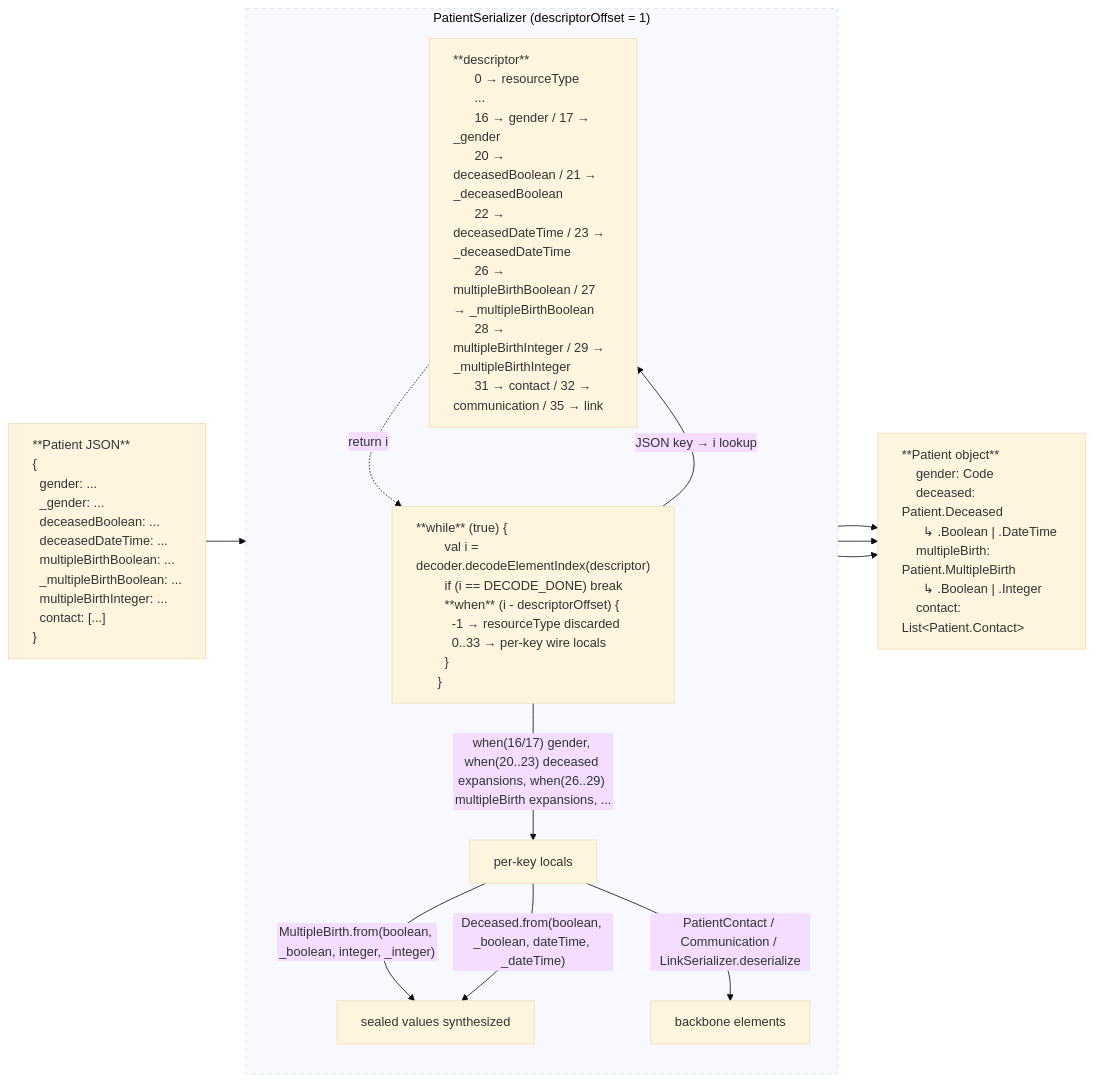
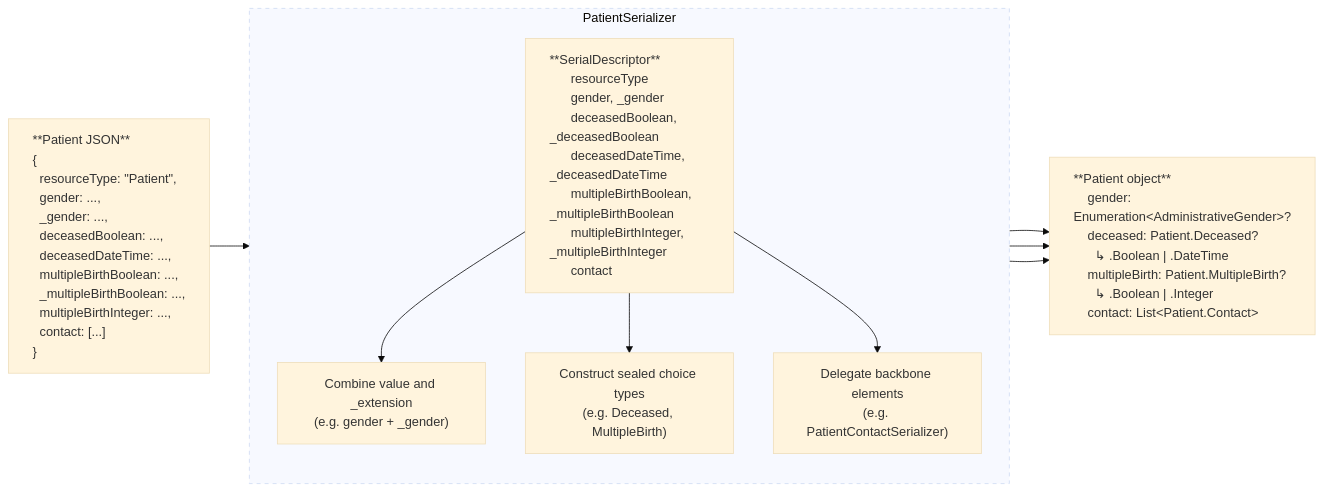
Before and after one commit to ohs-foundation/kotlin-fhir: the second of 3 diagrams in README.md, drawn with Mermaid (base theme). The commit also changed other lines of this file and 11 other files, not shown here.

````diff
--- a/README.md
+++ b/README.md
@@ -308,63 +319,54 @@
 ```mermaid
 graph LR
     A["**Patient JSON**
     {
-    #nbsp;#nbsp;gender: ...
-    #nbsp;#nbsp;_gender: ...
-    #nbsp;#nbsp;deceasedBoolean: ...
-    #nbsp;#nbsp;deceasedDateTime: ...
-    #nbsp;#nbsp;multipleBirthBoolean: ...
-    #nbsp;#nbsp;_multipleBirthBoolean: ...
-    #nbsp;#nbsp;multipleBirthInteger: ...
+    #nbsp;#nbsp;resourceType: &quot;Patient&quot;,
+    #nbsp;#nbsp;gender: ...,
+    #nbsp;#nbsp;_gender: ...,
+    #nbsp;#nbsp;deceasedBoolean: ...,
+    #nbsp;#nbsp;deceasedDateTime: ...,
+    #nbsp;#nbsp;multipleBirthBoolean: ...,
+    #nbsp;#nbsp;_multipleBirthBoolean: ...,
+    #nbsp;#nbsp;multipleBirthInteger: ...,
     #nbsp;#nbsp;contact: [...]
     }
     "]
     E["**Patient object**
-    gender: Code
-    deceased: Patient.Deceased
+    gender: Enumeration&lt;AdministrativeGender&gt;?
+    deceased: Patient.Deceased?
     #nbsp;#nbsp;↳ .Boolean | .DateTime
-    multipleBirth: Patient.MultipleBirth
+    multipleBirth: Patient.MultipleBirth?
     #nbsp;#nbsp;↳ .Boolean | .Integer
     contact: List&lt;Patient.Contact&gt;
     "]
 
-    subgraph PS["PatientSerializer  (descriptorOffset = 1)"]
+    subgraph PS["PatientSerializer"]
       direction TB
-      Desc["**descriptor**
-      0 → resourceType
-      ...
-      16 → gender / 17 → _gender
-      20 → deceasedBoolean / 21 → _deceasedBoolean
-      22 → deceasedDateTime / 23 → _deceasedDateTime
-      26 → multipleBirthBoolean / 27 → _multipleBirthBoolean
-      28 → multipleBirthInteger / 29 → _multipleBirthInteger
-      31 → contact / 32 → communication / 35 → link"]
+      Desc["**SerialDescriptor**
+      resourceType
+      gender, _gender
+      deceasedBoolean, _deceasedBoolean
+      deceasedDateTime, _deceasedDateTime
+      multipleBirthBoolean, _multipleBirthBoolean
+      multipleBirthInteger, _multipleBirthInteger
+      contact"]
 
-      Loop["**while** (true) {
-      #nbsp;#nbsp;val i = decoder.decodeElementIndex(descriptor)
-      #nbsp;#nbsp;if (i == DECODE_DONE) break
-      #nbsp;#nbsp;**when** (i - descriptorOffset) {
-      #nbsp;#nbsp;#nbsp;#nbsp;-1 → resourceType discarded
-      #nbsp;#nbsp;#nbsp;#nbsp;0..33 → per-key wire locals
-      #nbsp;#nbsp;}
-      }"]
+      Prim["Combine value and _extension<br/>(e.g. gender + _gender)"]
+      Choice["Construct sealed choice types<br/>(e.g. Deceased, MultipleBirth)"]
+      BB["Delegate backbone elements<br/>(e.g. PatientContactSerializer)"]
 
-      Loop -- "JSON key → i lookup" --> Desc
-      Desc -. "return i" .-> Loop
-      Loop -- "when(16/17) gender, when(20..23) deceased expansions, when(26..29) multipleBirth expansions, ..." --> Locals[per-key locals]
-      Locals -- "MultipleBirth.from(boolean, _boolean, integer, _integer)" --> Seal[sealed values synthesized]
-      Locals -- "Deceased.from(boolean, _boolean, dateTime, _dateTime)" --> Seal
-      Locals -- "PatientContact / Communication / LinkSerializer.deserialize" --> BB[backbone elements]
+      Desc --> Prim
+      Desc --> Choice
+      Desc --> BB
     end
 
-    A --> PS
-    Seal --> E
+    A --> Desc
+    Prim --> E
+    Choice --> E
     BB --> E
-    Locals --> E
 
     style A text-align:left
     style E text-align:left
     style Desc text-align:left
-    style Loop text-align:left
     style PS stroke-dasharray: 5 5
 ```
````
